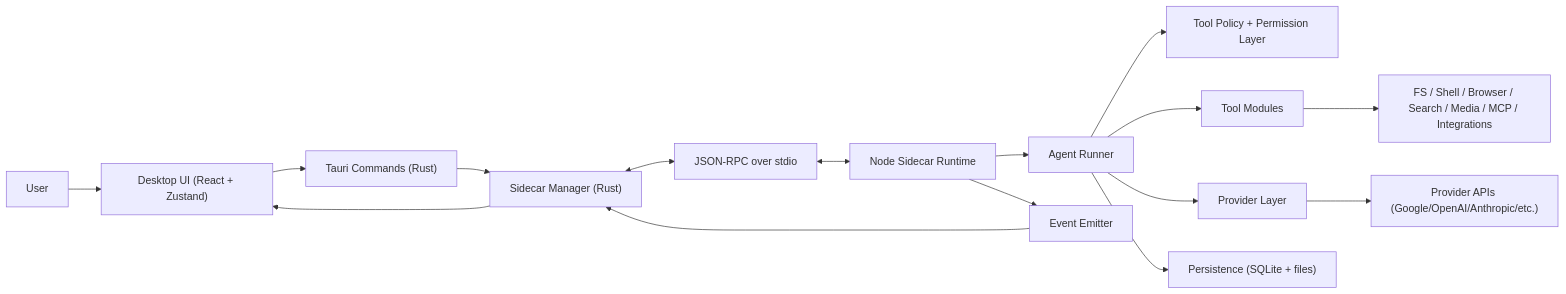
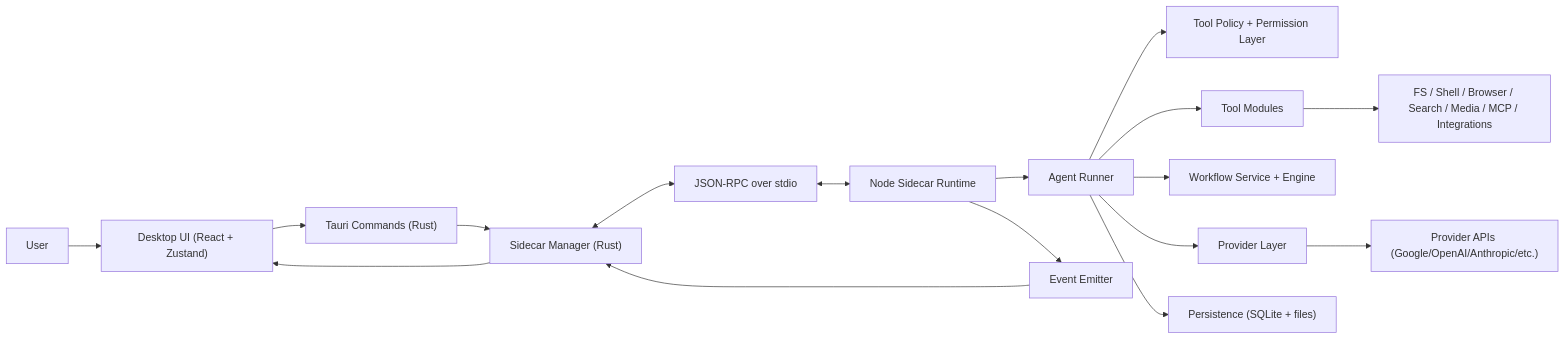
One commit to Naresh084/cowork changed the first of 3 diagrams in README.md. Above: the diagram before and after it, drawn with Mermaid. The commit also changed other lines of this file and 55 other files, not shown here.

````diff
--- a/README.md
+++ b/README.md
@@ -90,21 +98,22 @@
 ```mermaid
 flowchart LR
   U["User"] --> FE["Desktop UI (React + Zustand)"]
   FE --> TAURI["Tauri Commands (Rust)"]
   TAURI --> SCM["Sidecar Manager (Rust)"]
   SCM <--> IPC["JSON-RPC over stdio"]
   IPC <--> SR["Node Sidecar Runtime"]
 
   SR --> AR["Agent Runner"]
   AR --> TP["Tool Policy + Permission Layer"]
   AR --> TOOLS["Tool Modules"]
+  AR --> WF["Workflow Service + Engine"]
   AR --> PROV["Provider Layer"]
   AR --> STORE["Persistence (SQLite + files)"]
 
   TOOLS --> EXT["FS / Shell / Browser / Search / Media / MCP / Integrations"]
   PROV --> APIs["Provider APIs (Google/OpenAI/Anthropic/etc.)"]
 
   SR --> EVT["Event Emitter"]
   EVT --> SCM
   SCM --> FE
 ```
````
